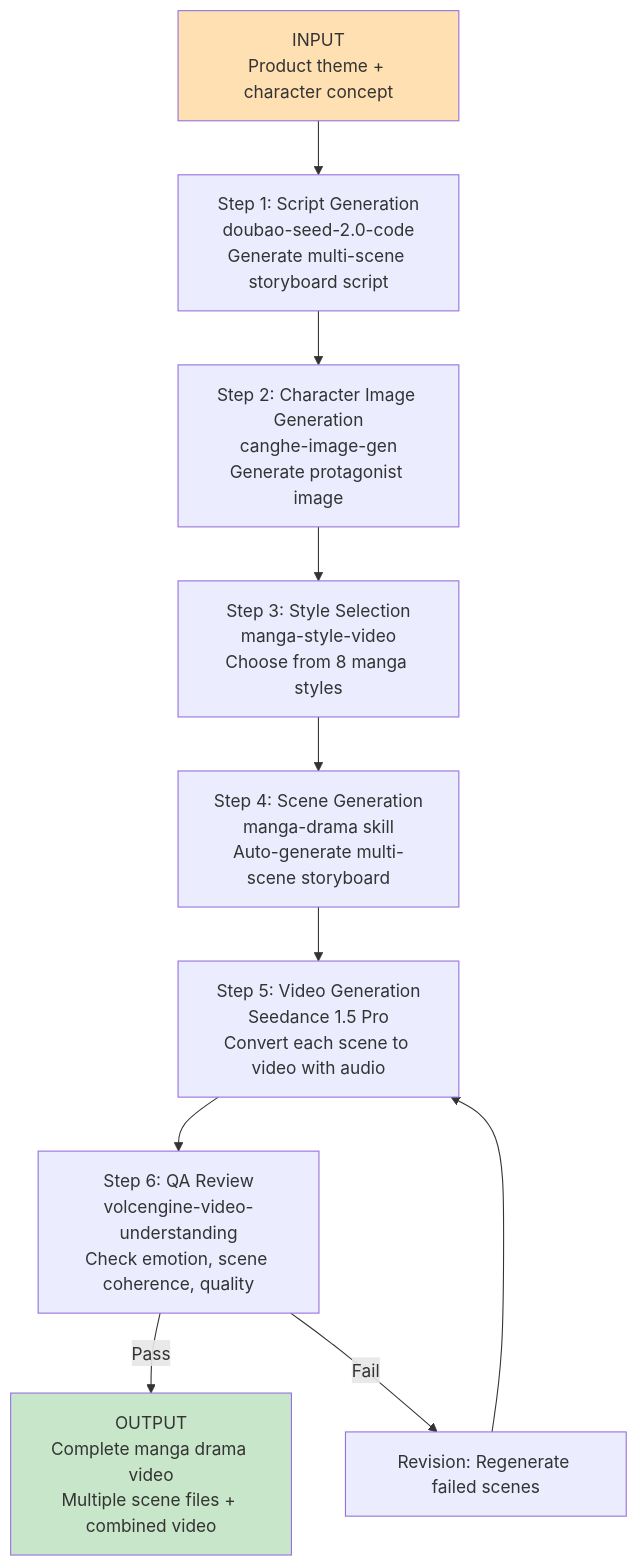
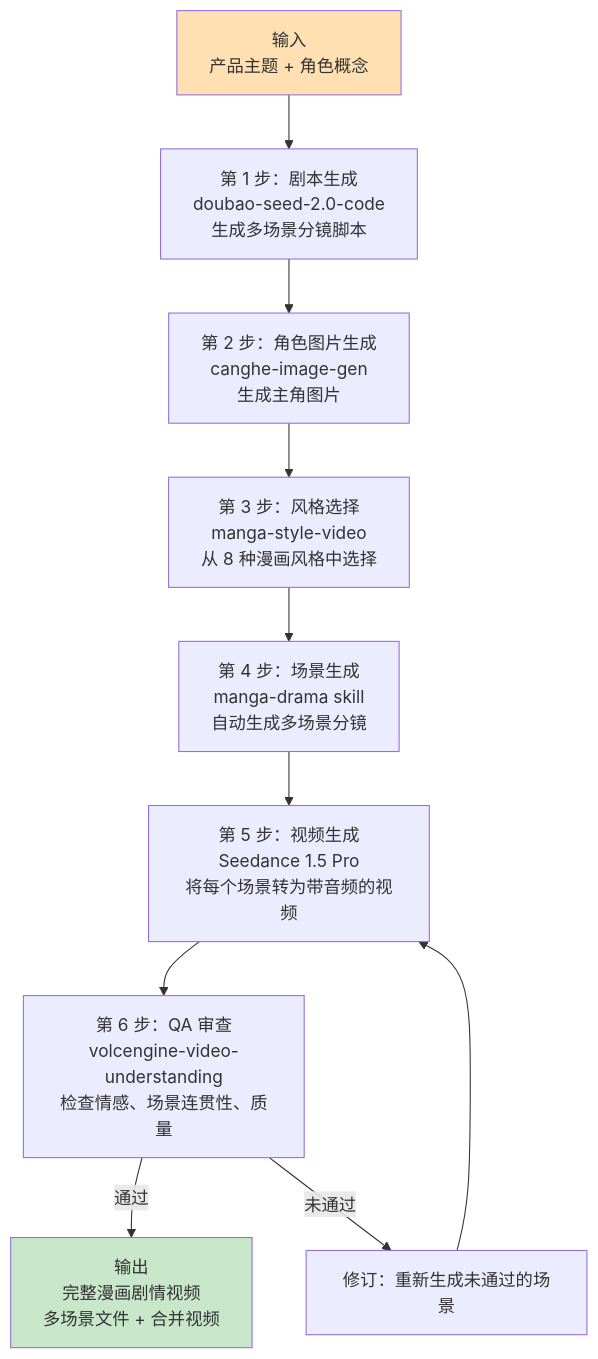
Before and after one commit to chan-kinghin/e-commerce-claw: the second of 4 diagrams in plans/PLAN-tiktok-director.md, drawn with Mermaid. The commit also changed other lines of this file and 55 other files, not shown here.

````diff
--- a/plans/PLAN-tiktok-director.md
+++ b/plans/PLAN-tiktok-director.md
@@ -337,15 +337,15 @@
 ```mermaid
 graph TD
-    A["INPUT<br/>Product theme + character concept"] --> B["Step 1: Script Generation<br/>doubao-seed-2.0-code<br/>Generate multi-scene storyboard script"]
-    B --> C["Step 2: Character Image Generation<br/>canghe-image-gen<br/>Generate protagonist image"]
-    C --> D["Step 3: Style Selection<br/>manga-style-video<br/>Choose from 8 manga styles"]
-    D --> E["Step 4: Scene Generation<br/>manga-drama skill<br/>Auto-generate multi-scene storyboard"]
-    E --> F["Step 5: Video Generation<br/>Seedance 1.5 Pro<br/>Convert each scene to video with audio"]
-    F --> G["Step 6: QA Review<br/>volcengine-video-understanding<br/>Check emotion, scene coherence, quality"]
-    G -->|Pass| H["OUTPUT<br/>Complete manga drama video<br/>Multiple scene files + combined video"]
-    G -->|Fail| I["Revision: Regenerate failed scenes"]
+    A["输入<br/>产品主题 + 角色概念"] --> B["第 1 步：剧本生成<br/>doubao-seed-2.0-code<br/>生成多场景分镜脚本"]
+    B --> C["第 2 步：角色图片生成<br/>canghe-image-gen<br/>生成主角图片"]
+    C --> D["第 3 步：风格选择<br/>manga-style-video<br/>从 8 种漫画风格中选择"]
+    D --> E["第 4 步：场景生成<br/>manga-drama skill<br/>自动生成多场景分镜"]
+    E --> F["第 5 步：视频生成<br/>Seedance 1.5 Pro<br/>将每个场景转为带音频的视频"]
+    F --> G["第 6 步：QA 审查<br/>volcengine-video-understanding<br/>检查情感、场景连贯性、质量"]
+    G -->|通过| H["输出<br/>完整漫画剧情视频<br/>多场景文件 + 合并视频"]
+    G -->|未通过| I["修订：重新生成未通过的场景"]
     I --> F
 
     style A fill:#FFE0B2
     style H fill:#C8E6C9
 ```
````
